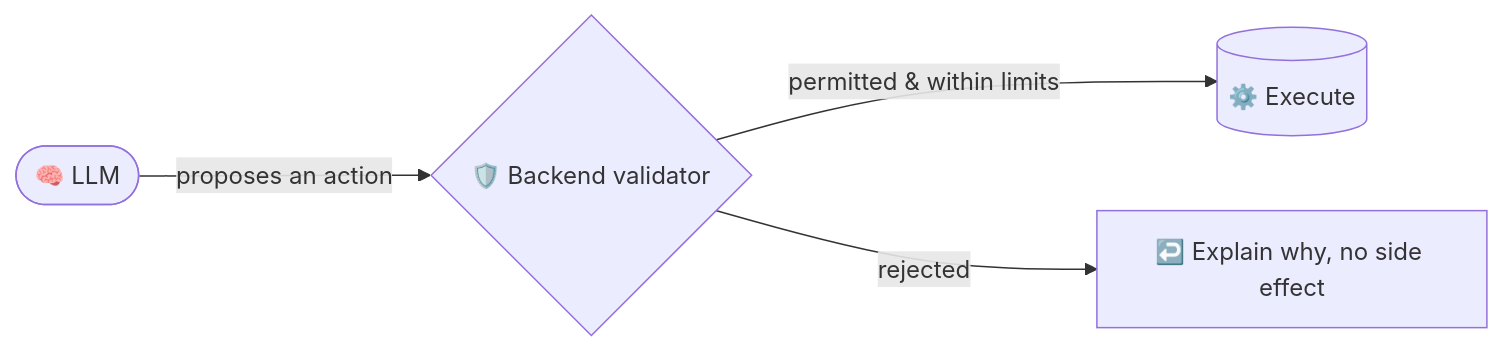
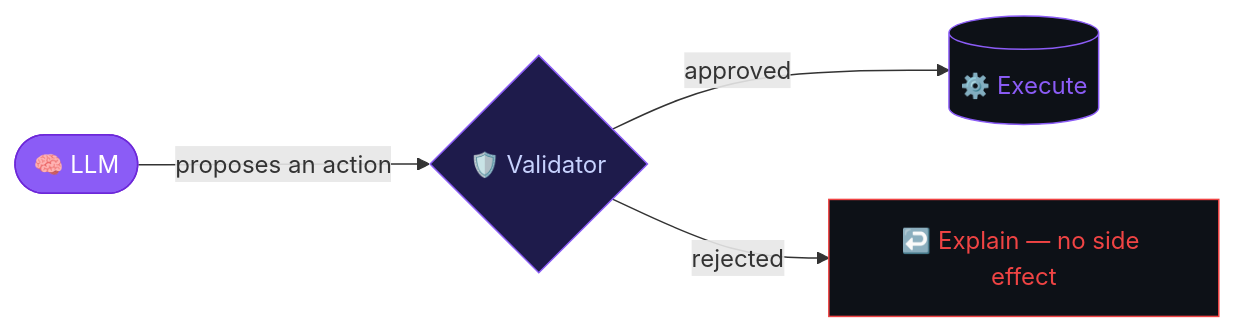
The first of 3 diagrams in README.md (MuhammadBilal561/MuhammadBilal561), drawn with Mermaid before and after one commit. The commit also changed other lines of this file, not shown here.

````diff
--- a/README.md
+++ b/README.md
@@ -20,6 +20,11 @@
 ```mermaid
 flowchart LR
-    A(["🧠 LLM"]) -->|proposes an action| B{"🛡️ Backend validator"}
-    B -->|permitted & within limits| C[("⚙️ Execute")]
-    B -->|rejected| D["↩️ Explain why, no side effect"]
+    A(["🧠 LLM"]):::model -->|proposes an action| B{"🛡️ Validator"}:::validator
+    B -->|approved| C[("⚙️ Execute")]:::go
+    B -->|rejected| D["↩️ Explain — no side effect"]:::stop
+
+    classDef model fill:#8B5CF6,stroke:#6D28D9,color:#fff
+    classDef validator fill:#1E1B4B,stroke:#8B5CF6,color:#C7D2FE
+    classDef go fill:#0D1117,stroke:#8B5CF6,color:#8B5CF6
+    classDef stop fill:#0D1117,stroke:#EF4444,color:#EF4444
 ```
````
